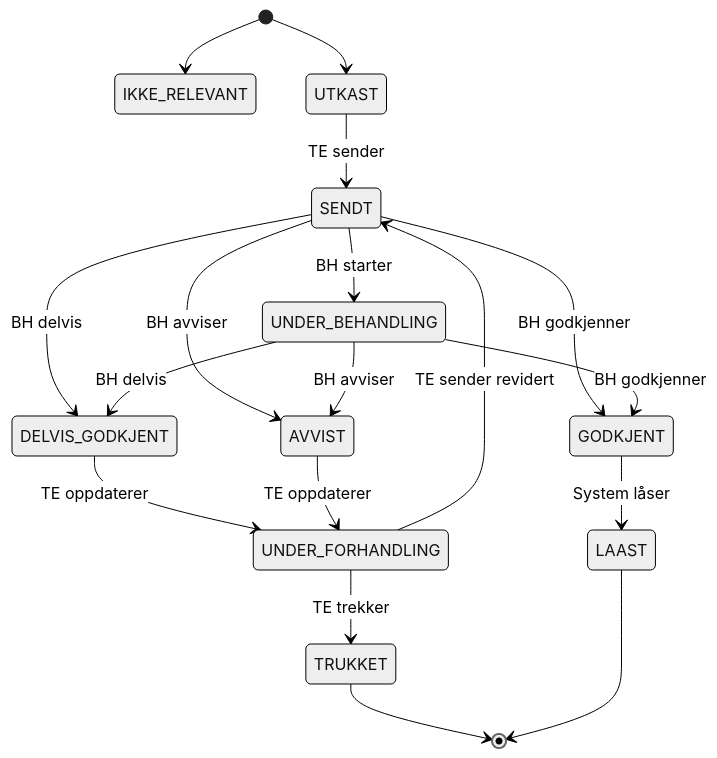
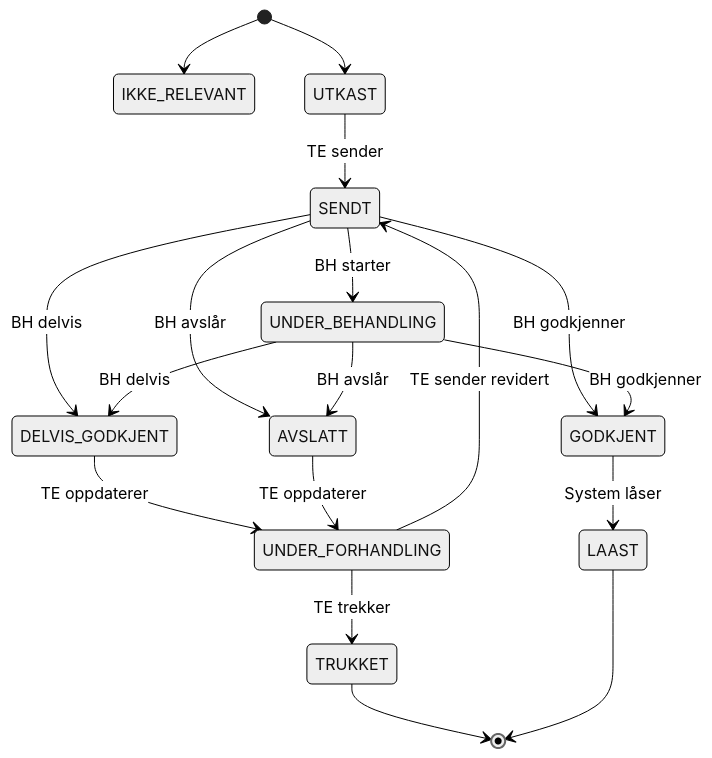
The second of 4 diagrams in docs/ARCHITECTURE_AND_DATAMODEL.md (khjohns/unified-timeline), drawn with Mermaid (neutral theme) before and after one commit. The commit also changed other lines of this file and 3 other files, not shown here.

````diff
--- a/docs/ARCHITECTURE_AND_DATAMODEL.md
+++ b/docs/ARCHITECTURE_AND_DATAMODEL.md
@@ -994,27 +988,27 @@
 ```mermaid
 stateDiagram-v2
     [*] --> IKKE_RELEVANT
     [*] --> UTKAST
 
     UTKAST --> SENDT: TE sender
 
     SENDT --> UNDER_BEHANDLING: BH starter
     SENDT --> GODKJENT: BH godkjenner
     SENDT --> DELVIS_GODKJENT: BH delvis
-    SENDT --> AVVIST: BH avviser
+    SENDT --> AVSLATT: BH avslår
 
     UNDER_BEHANDLING --> GODKJENT: BH godkjenner
     UNDER_BEHANDLING --> DELVIS_GODKJENT: BH delvis
-    UNDER_BEHANDLING --> AVVIST: BH avviser
+    UNDER_BEHANDLING --> AVSLATT: BH avslår
 
     DELVIS_GODKJENT --> UNDER_FORHANDLING: TE oppdaterer
-    AVVIST --> UNDER_FORHANDLING: TE oppdaterer
+    AVSLATT --> UNDER_FORHANDLING: TE oppdaterer
 
     UNDER_FORHANDLING --> SENDT: TE sender revidert
     UNDER_FORHANDLING --> TRUKKET: TE trekker
 
     GODKJENT --> LAAST: System låser
 
     TRUKKET --> [*]
     LAAST --> [*]
 ```
````
